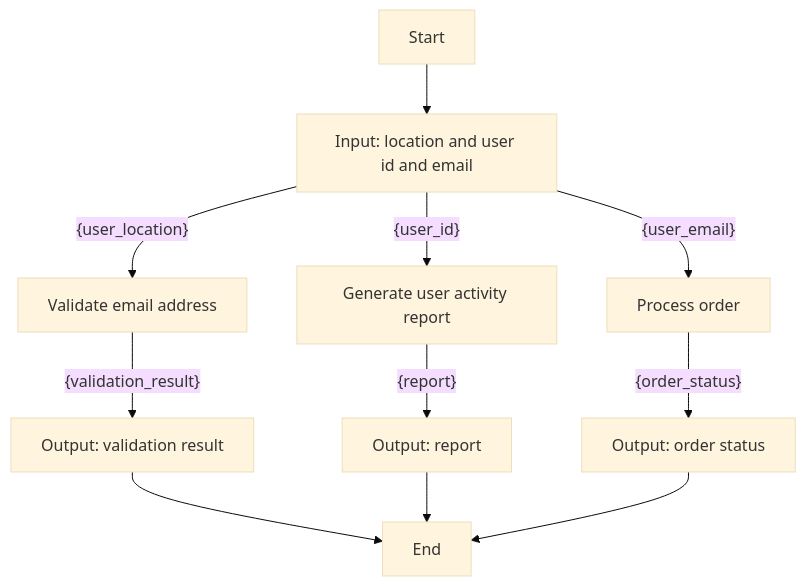
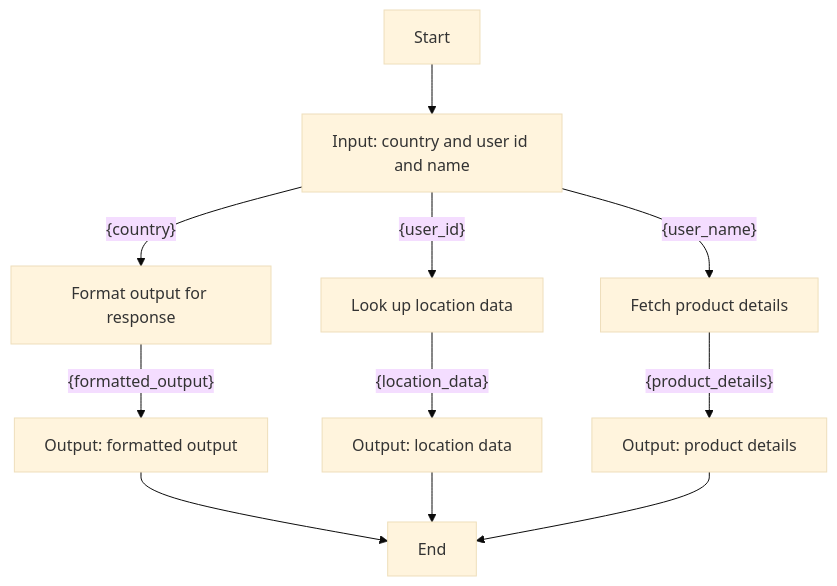
One commit to YJ-928/Temporal-Python-SDK changed the diagram in poc-dsl-compiler/input/workflows/workflow_3.md. Above: the diagram before and after it, drawn with Mermaid (base theme). The commit also changed 52 other files, not shown here.

````diff
--- a/poc-dsl-compiler/input/workflows/workflow_3.md
+++ b/poc-dsl-compiler/input/workflows/workflow_3.md
@@ -1,13 +1,13 @@
 ```mermaid
 graph TD
-    A[Start] --> B[Input: location and user id and email]
-    B[Input: location and user id and email] -- {user_location} --> C[Validate email address]
-    C[Validate email address] -- {validation_result} --> D[Output: validation result]
-    D[Output: validation result] --> I[End]
-    B[Input: location and user id and email] -- {user_id} --> E[Generate user activity report]
-    E[Generate user activity report] -- {report} --> F[Output: report]
-    F[Output: report] --> I[End]
-    B[Input: location and user id and email] -- {user_email} --> G[Process order]
-    G[Process order] -- {order_status} --> H[Output: order status]
-    H[Output: order status] --> I[End]
+    A[Start] --> B[Input: country and user id and name]
+    B[Input: country and user id and name] -- {country} --> C[Format output for response]
+    C[Format output for response] -- {formatted_output} --> D[Output: formatted output]
+    D[Output: formatted output] --> I[End]
+    B[Input: country and user id and name] -- {user_id} --> E[Look up location data]
+    E[Look up location data] -- {location_data} --> F[Output: location data]
+    F[Output: location data] --> I[End]
+    B[Input: country and user id and name] -- {user_name} --> G[Fetch product details]
+    G[Fetch product details] -- {product_details} --> H[Output: product details]
+    H[Output: product details] --> I[End]
 ```
````
